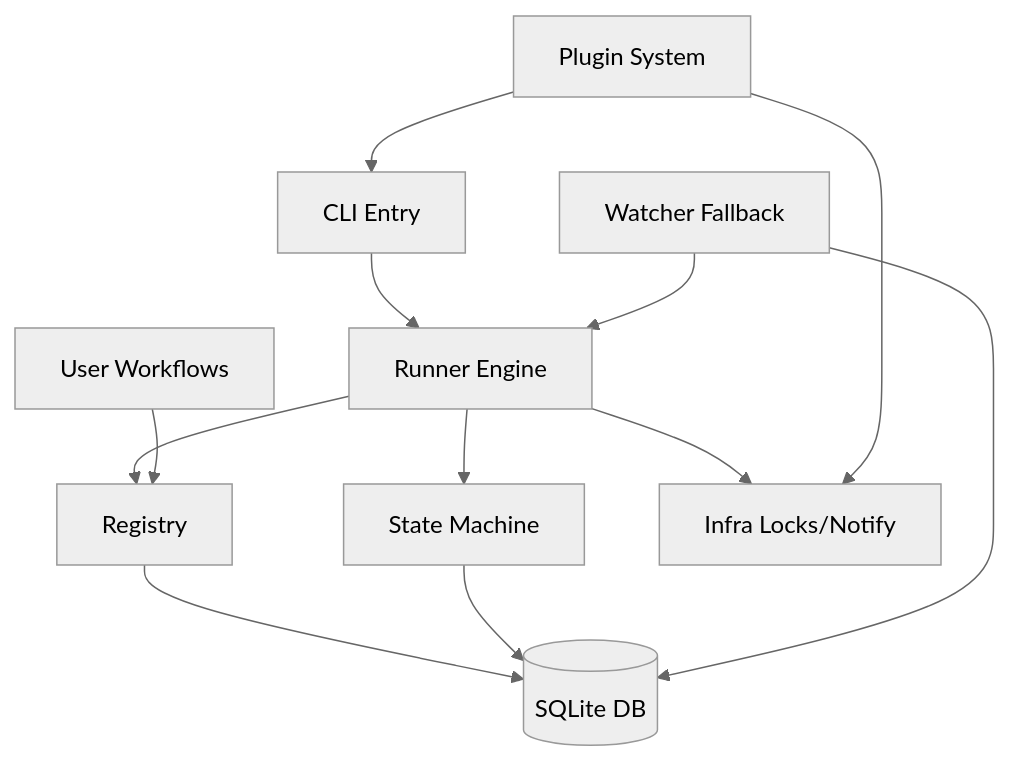
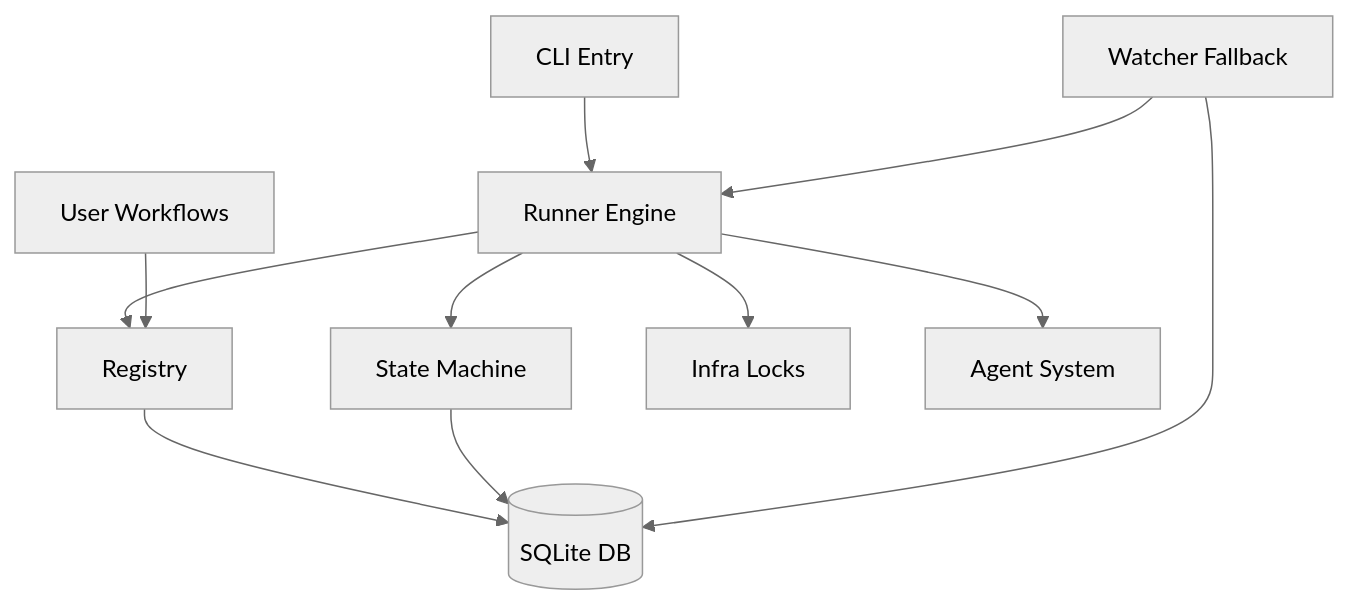
The diagram in README.en.md (larrygogo/autopilot), drawn with Mermaid (neutral theme) before and after one commit. The commit also changed other lines of this file and 15 other files, not shown here.

````diff
--- a/README.en.md
+++ b/README.en.md
@@ -129,14 +115,13 @@
 ```mermaid
 graph TB
     CLI["CLI Entry"] --> Runner["Runner Engine"]
     Runner --> Registry["Registry"]
     Runner --> SM["State Machine"]
-    Runner --> Infra["Infra Locks/Notify"]
+    Runner --> Infra["Infra Locks"]
+    Runner --> Agents["Agent System"]
     Registry --> DB[("SQLite DB")]
     SM --> DB
-    Plugin["Plugin System"] --> CLI
-    Plugin --> Infra
     Watcher["Watcher Fallback"] --> Runner
     Watcher --> DB
     Workflows["User Workflows"] --> Registry
 ```
````
